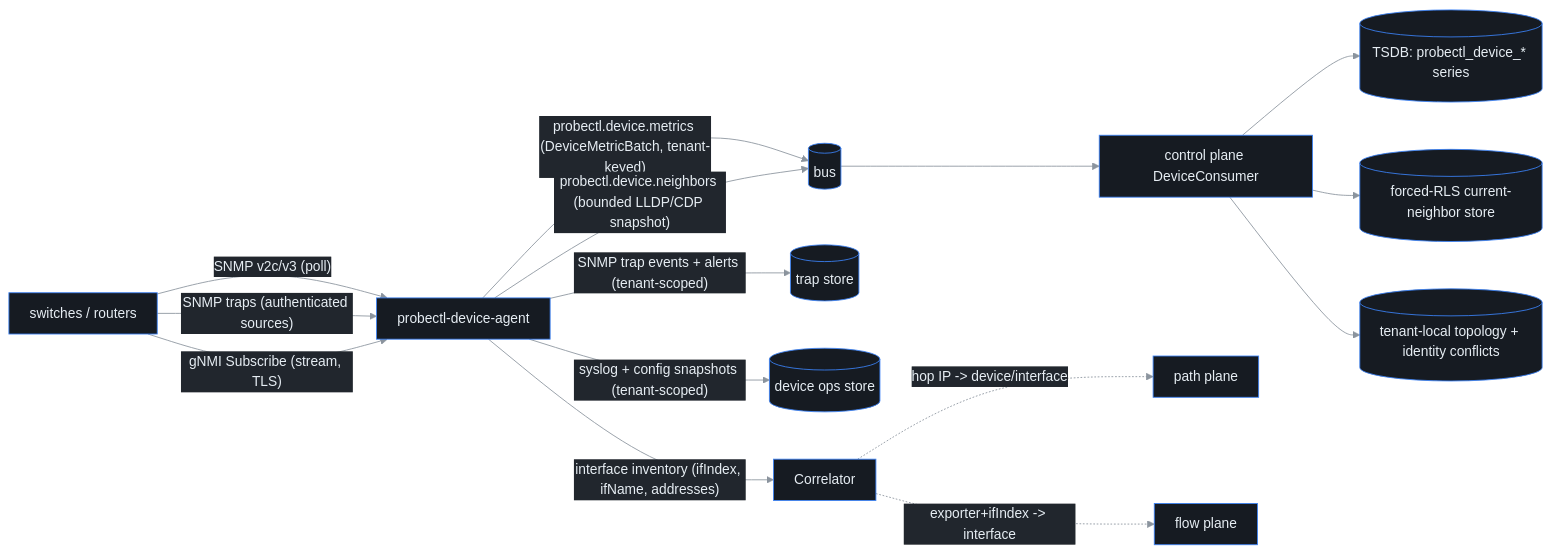
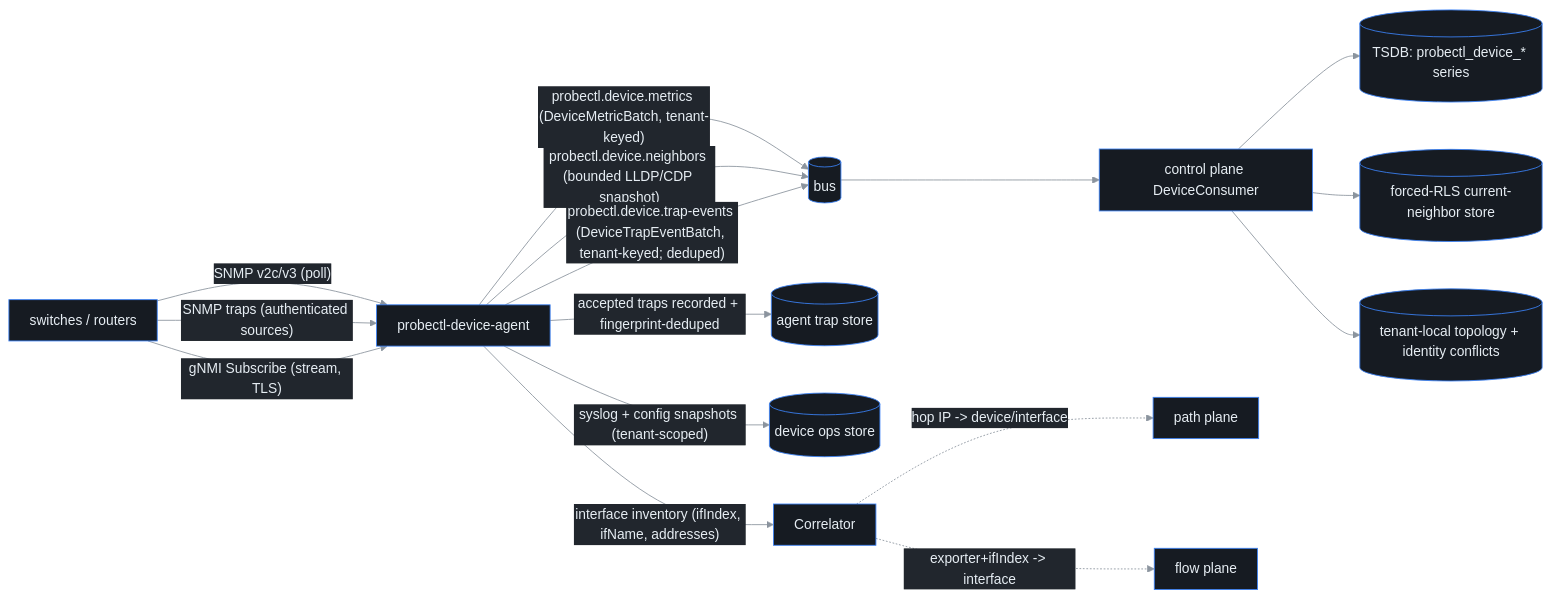
Before and after one commit to ctlplne/probectl: the diagram in docs/device-telemetry.md, drawn with Mermaid. The commit also changed other lines of this file and 7 other files, not shown here.

````diff
--- a/docs/device-telemetry.md
+++ b/docs/device-telemetry.md
@@ -49,18 +53,19 @@
 ```mermaid
 %%{init: {'theme':'base','themeVariables':{'background':'#0d1117','primaryColor':'#161b22','primaryTextColor':'#e6edf3','primaryBorderColor':'#3b82f6','lineColor':'#8b949e','secondaryColor':'#21262d','tertiaryColor':'#0d1117','clusterBkg':'#161b22','clusterBorder':'#30363d','fontFamily':'ui-monospace, SFMono-Regular, Menlo, monospace'},'flowchart':{'curve':'basis','nodeSpacing':55,'rankSpacing':55,'padding':12}}}%%
 flowchart LR
   D[switches / routers] -- "SNMP v2c/v3 (poll)" --> A[probectl-device-agent]
   D -- "SNMP traps (authenticated sources)" --> A
   D -- "gNMI Subscribe (stream, TLS)" --> A
   A -- "probectl.device.metrics (DeviceMetricBatch, tenant-keyed)" --> B[(bus)]
   A -- "probectl.device.neighbors (bounded LLDP/CDP snapshot)" --> B
-  A -- "SNMP trap events + alerts (tenant-scoped)" --> E[(trap store)]
+  A -- "probectl.device.trap-events (DeviceTrapEventBatch, tenant-keyed; deduped)" --> B
+  A -- "accepted traps recorded + fingerprint-deduped" --> E[(agent trap store)]
   A -- "syslog + config snapshots (tenant-scoped)" --> O[(device ops store)]
   B --> P[control plane DeviceConsumer]
   P --> T[(TSDB: probectl_device_* series)]
   P --> N[(forced-RLS current-neighbor store)]
   P --> I[(tenant-local topology + identity conflicts)]
   A -- "interface inventory (ifIndex, ifName, addresses)" --> C[Correlator]
   C -. "hop IP -> device/interface" .-> PathPlane[path plane]
   C -. "exporter+ifIndex -> interface" .-> FlowPlane[flow plane]
 ```
````
